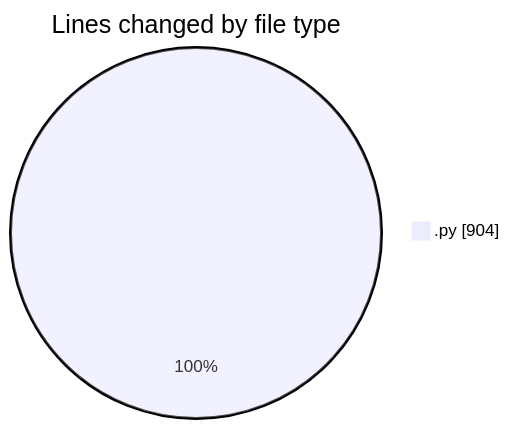
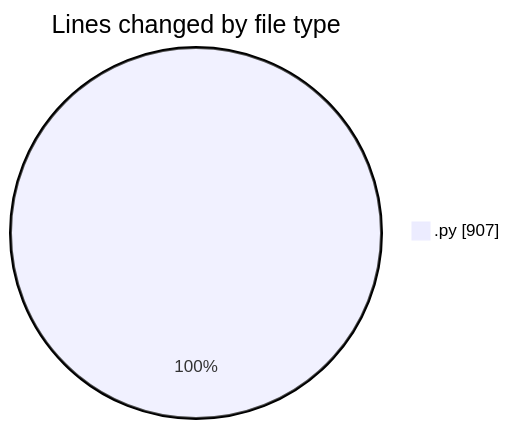
Before and after one commit to MatusMokan/code-tracking: the first of 2 diagrams in 2025-03-18/myws__workspace_/README.md, drawn with Mermaid. The commit also changed other lines of this file and 1 other file, not shown here.

````diff
--- a/2025-03-18/myws__workspace_/README.md
+++ b/2025-03-18/myws__workspace_/README.md
@@ -22,5 +22,5 @@
 ```mermaid
 pie showData
 title Lines changed by file type
-".py" : 904
+".py" : 907
 ```
````
